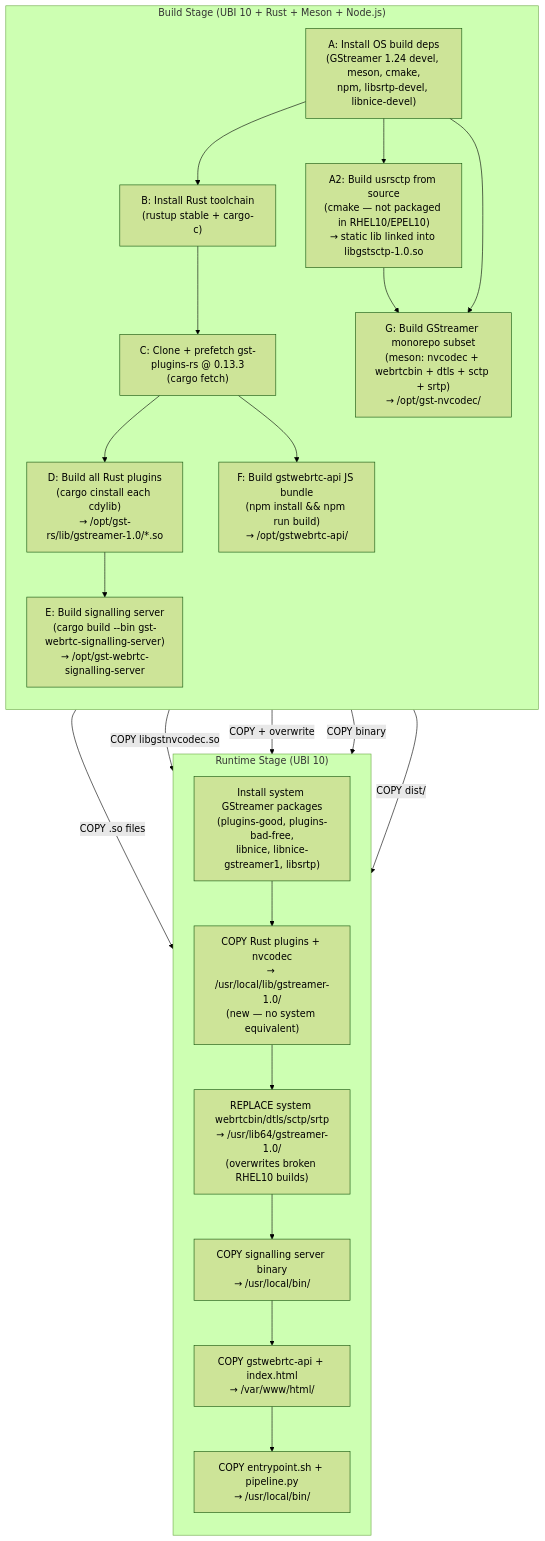
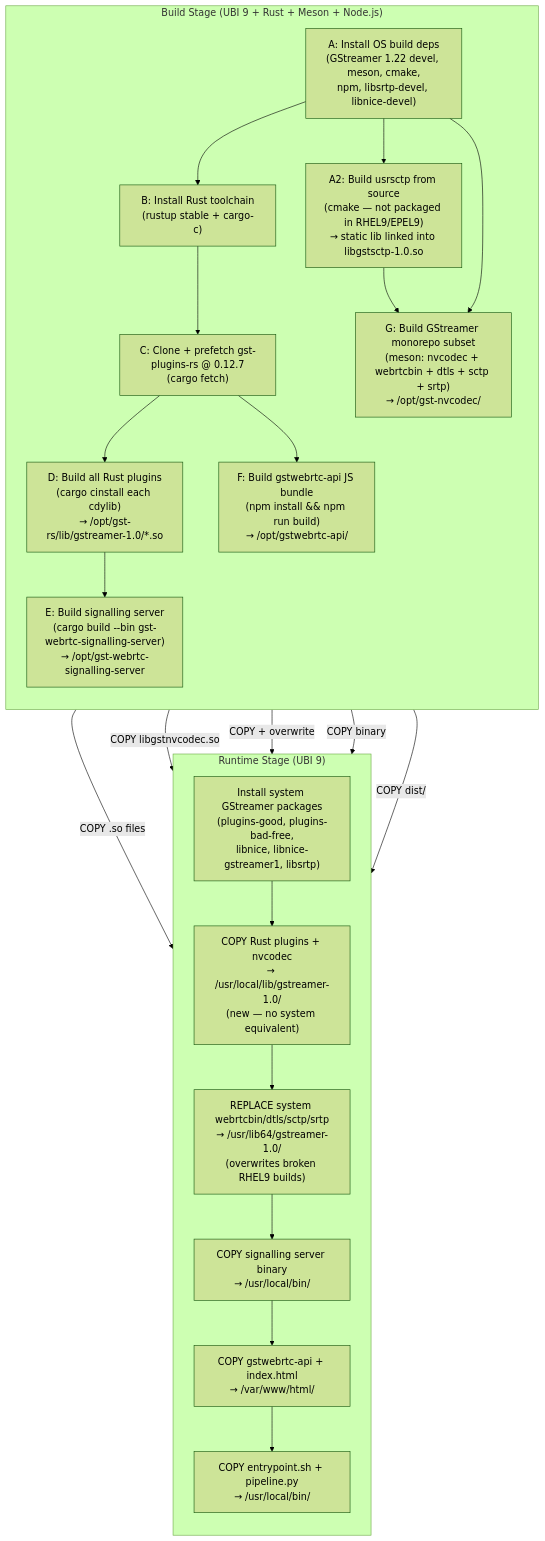
The sixth of 7 diagrams in README.md (nhwalker/streamer-test), drawn with Mermaid (forest theme) before and after one commit. The commit also changed other lines of this file and 4 other files, not shown here.

````diff
--- a/README.md
+++ b/README.md
@@ -234,38 +234,38 @@
 ```mermaid
 flowchart TD
-    subgraph build["Build Stage (UBI 10 + Rust + Meson + Node.js)"]
+    subgraph build["Build Stage (UBI 9 + Rust + Meson + Node.js)"]
         direction TB
-        A["A: Install OS build deps\n(GStreamer 1.24 devel, meson, cmake,\nnpm, libsrtp-devel, libnice-devel)"]
-        A2["A2: Build usrsctp from source\n(cmake — not packaged in RHEL10/EPEL10)\n→ static lib linked into libgstsctp-1.0.so"]
+        A["A: Install OS build deps\n(GStreamer 1.22 devel, meson, cmake,\nnpm, libsrtp-devel, libnice-devel)"]
+        A2["A2: Build usrsctp from source\n(cmake — not packaged in RHEL9/EPEL9)\n→ static lib linked into libgstsctp-1.0.so"]
         B["B: Install Rust toolchain\n(rustup stable + cargo-c)"]
-        C["C: Clone + prefetch gst-plugins-rs @ 0.13.3\n(cargo fetch)"]
+        C["C: Clone + prefetch gst-plugins-rs @ 0.12.7\n(cargo fetch)"]
         D["D: Build all Rust plugins\n(cargo cinstall each cdylib)\n→ /opt/gst-rs/lib/gstreamer-1.0/*.so"]
         E["E: Build signalling server\n(cargo build --bin gst-webrtc-signalling-server)\n→ /opt/gst-webrtc-signalling-server"]
         F["F: Build gstwebrtc-api JS bundle\n(npm install && npm run build)\n→ /opt/gstwebrtc-api/"]
         G["G: Build GStreamer monorepo subset\n(meson: nvcodec + webrtcbin + dtls + sctp + srtp)\n→ /opt/gst-nvcodec/"]
 
         A --> A2
         A --> B --> C --> D --> E
         C --> F
         A2 --> G
         A --> G
     end
 
-    subgraph runtime["Runtime Stage (UBI 10)"]
+    subgraph runtime["Runtime Stage (UBI 9)"]
         direction TB
         H["Install system GStreamer packages\n(plugins-good, plugins-bad-free,\nlibnice, libnice-gstreamer1, libsrtp)"]
         I["COPY Rust plugins + nvcodec\n→ /usr/local/lib/gstreamer-1.0/\n(new — no system equivalent)"]
-        J["REPLACE system webrtcbin/dtls/sctp/srtp\n→ /usr/lib64/gstreamer-1.0/\n(overwrites broken RHEL10 builds)"]
+        J["REPLACE system webrtcbin/dtls/sctp/srtp\n→ /usr/lib64/gstreamer-1.0/\n(overwrites broken RHEL9 builds)"]
         K["COPY signalling server binary\n→ /usr/local/bin/"]
         L["COPY gstwebrtc-api + index.html\n→ /var/www/html/"]
         M["COPY entrypoint.sh + pipeline.py\n→ /usr/local/bin/"]
 
         H --> I --> J --> K --> L --> M
     end
 
     D -->|"COPY .so files"| I
     G -->|"COPY libgstnvcodec.so"| I
     G -->|"COPY + overwrite"| J
     E -->|"COPY binary"| K
     F -->|"COPY dist/"| L
 ```
````
